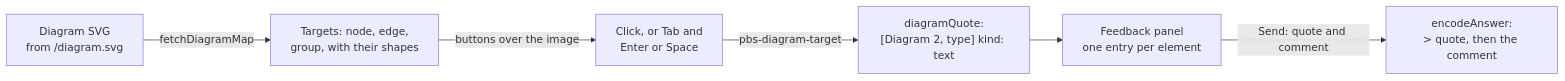
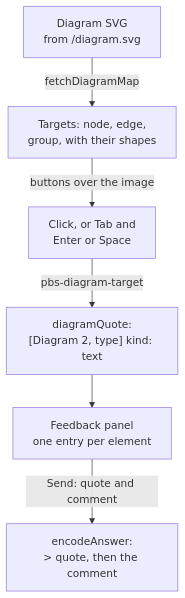
The second of 3 diagrams in docs/reference.md (wayne930242/pi-better-show), drawn with Mermaid before and after one commit. The commit also changed other lines of this file, not shown here.

Commit message:
docs(reference): narrow the show_doc sequence, connect the edit-mode branch, stack the diagram-comment flow

````diff
--- a/docs/reference.md
+++ b/docs/reference.md
@@ -751,8 +751,8 @@
 ```mermaid
-flowchart LR
+flowchart TD
   svg["Diagram SVG<br/>from /diagram.svg"] -->|"fetchDiagramMap"| map["Targets: node, edge,<br/>group, with their shapes"]
   map -->|"buttons over the image"| press["Click, or Tab and<br/>Enter or Space"]
   press -->|"pbs-diagram-target"| quote["diagramQuote:<br/>[Diagram 2, type] kind: text"]
   quote --> panel["Feedback panel<br/>one entry per element"]
   panel -->|"Send: quote and comment"| msg["encodeAnswer:<br/>> quote, then the comment"]
 ```
````
